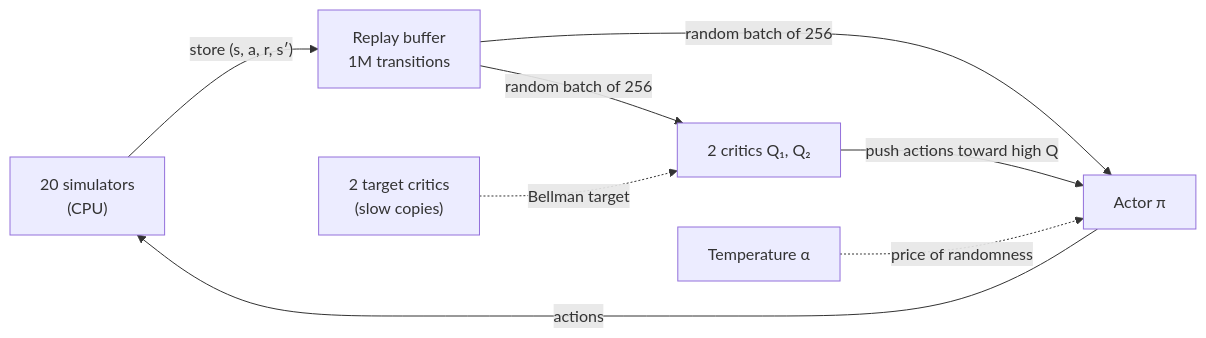
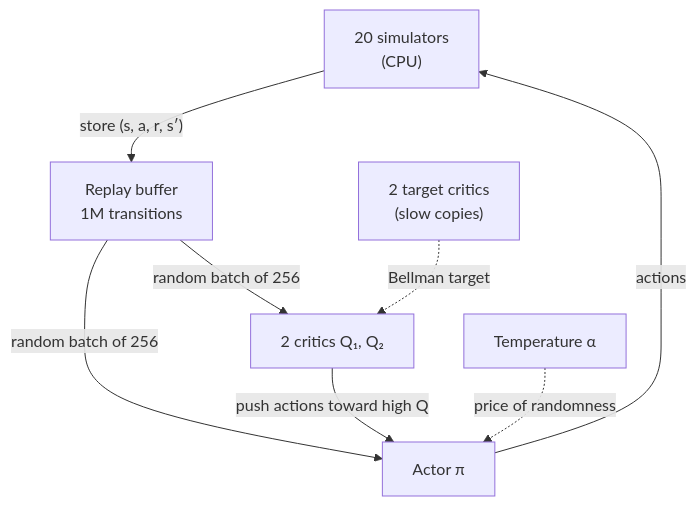
Before and after one commit to ctxnn/rei-piano: the third of 3 diagrams in README.md, drawn with Mermaid. The commit also changed other lines of this file, not shown here.

Commit message:
README: split long SAC equations, vertical SAC diagram

````diff
--- a/README.md
+++ b/README.md
@@ -270,10 +270,10 @@
 ```mermaid
-flowchart LR
+flowchart TB
     S["20 simulators<br/>(CPU)"] -- "store (s, a, r, s′)" --> B["Replay buffer<br/>1M transitions"]
     B -- "random batch of 256" --> C["2 critics Q₁, Q₂"]
     B -- "random batch of 256" --> A["Actor π"]
     C -- "push actions toward high Q" --> A
     T["2 target critics<br/>(slow copies)"] -. "Bellman target" .-> C
     A -- "actions" --> S
     AL["Temperature α"] -. "price of randomness" .-> A
 ```
````
